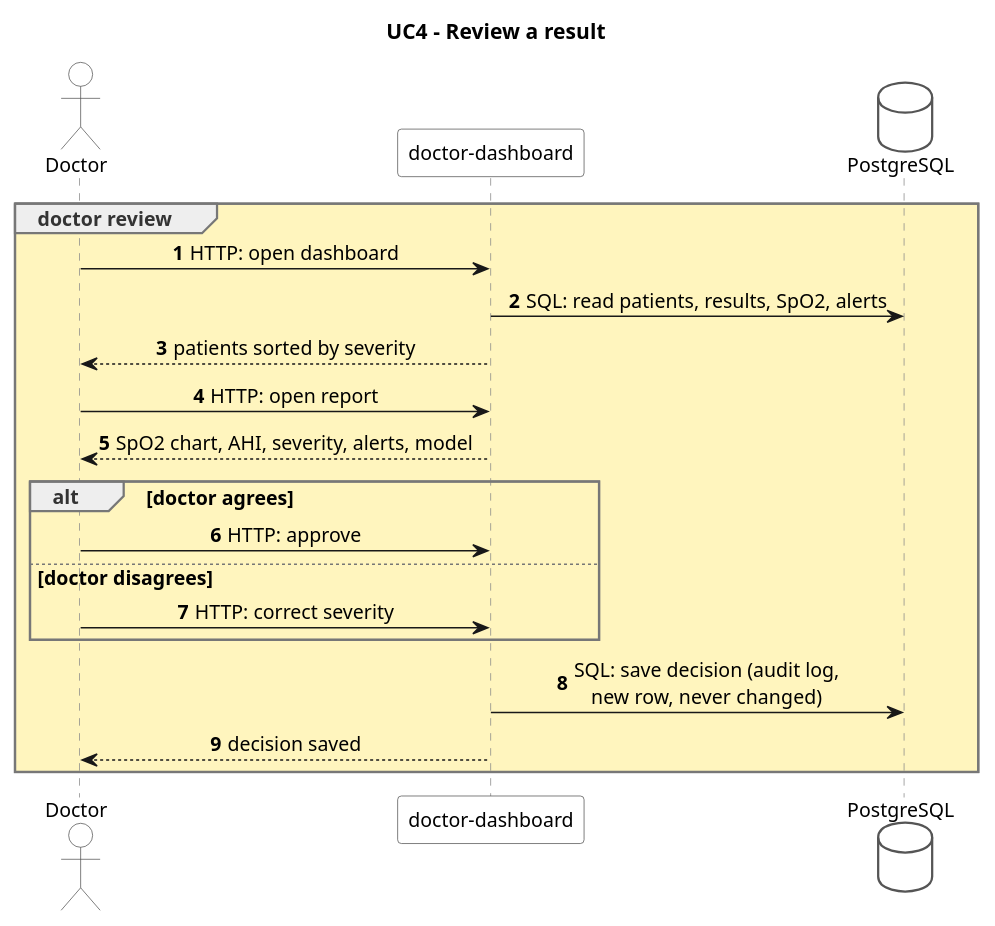
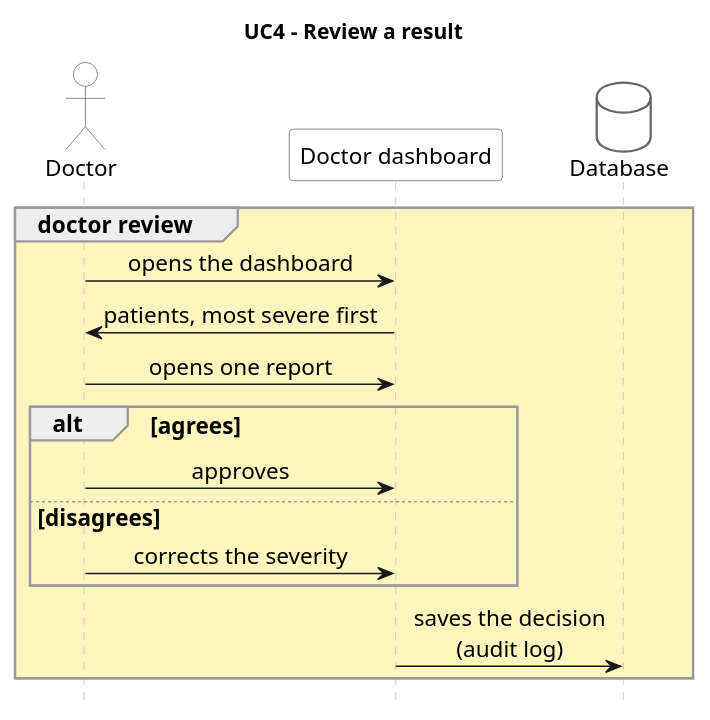
The diagram in diagrams/usecases/10.11_A_UC4-review-a-result_v1.puml (BarbaraKlimekTomatova/ACC1ILV-cloud-and-AI-infrastructure-for-sleep-apnea-detection-), drawn with PlantUML before and after one commit. The commit also changed 7 other files, not shown here.

Commit message:
update use cases diagrams

```diff
--- a/diagrams/usecases/10.11_A_UC4-review-a-result_v1.puml
+++ b/diagrams/usecases/10.11_A_UC4-review-a-result_v1.puml
@@ -1,50 +1,44 @@
 @startuml UC4
 skinparam shadowing false
 skinparam defaultFontName Arial
-skinparam defaultFontSize 13
+skinparam defaultFontSize 15
 skinparam sequenceMessageAlign center
-skinparam responseMessageBelowArrow true
-skinparam BoxPadding 10
 skinparam sequence {
-  LifeLineBorderColor #888888
-  ParticipantBorderColor #555555
+  LifeLineBorderColor #BBBBBB
+  ParticipantBorderColor #666666
   ParticipantBackgroundColor #FFFFFF
-  ActorBorderColor #555555
+  ActorBorderColor #666666
   ActorBackgroundColor #FFFFFF
-  GroupBorderColor #777777
-  GroupHeaderFontColor #333333
+  GroupBorderColor #999999
 }
 skinparam database {
-  BorderColor #555555
+  BorderColor #666666
   BackgroundColor #FFFFFF
 }
 skinparam queue {
-  BorderColor #555555
+  BorderColor #666666
   BackgroundColor #FFFFFF
 }
 skinparam note {
-  BorderColor #999999
+  BorderColor #BBBBBB
   BackgroundColor #FFFDE7
 }
+hide footbox
 title UC4 – Review a result
-autonumber
 
 actor "Doctor" as DOC
-participant "doctor-dashboard" as DASH
-database "PostgreSQL" as DB
+participant "Doctor dashboard" as DASH
+database "Database" as DB
 
 group #FFF5BE doctor review
-  DOC -> DASH : HTTP: open dashboard
-  DASH -> DB : SQL: read patients, results, SpO2, alerts
-  DASH --> DOC : patients sorted by severity
-  DOC -> DASH : HTTP: open report
-  DASH --> DOC : SpO2 chart, AHI, severity, alerts, model
-  alt doctor agrees
-    DOC -> DASH : HTTP: approve
-  else doctor disagrees
-    DOC -> DASH : HTTP: correct severity
+  DOC -> DASH : opens the dashboard
+  DASH -> DOC : patients, most severe first
+  DOC -> DASH : opens one report
+  alt agrees
+    DOC -> DASH : approves
+  else disagrees
+    DOC -> DASH : corrects the severity
   end
-  DASH -> DB : SQL: save decision (audit log,\nnew row, never changed)
-  DASH --> DOC : decision saved
+  DASH -> DB : saves the decision\n(audit log)
 end
 @enduml
```
